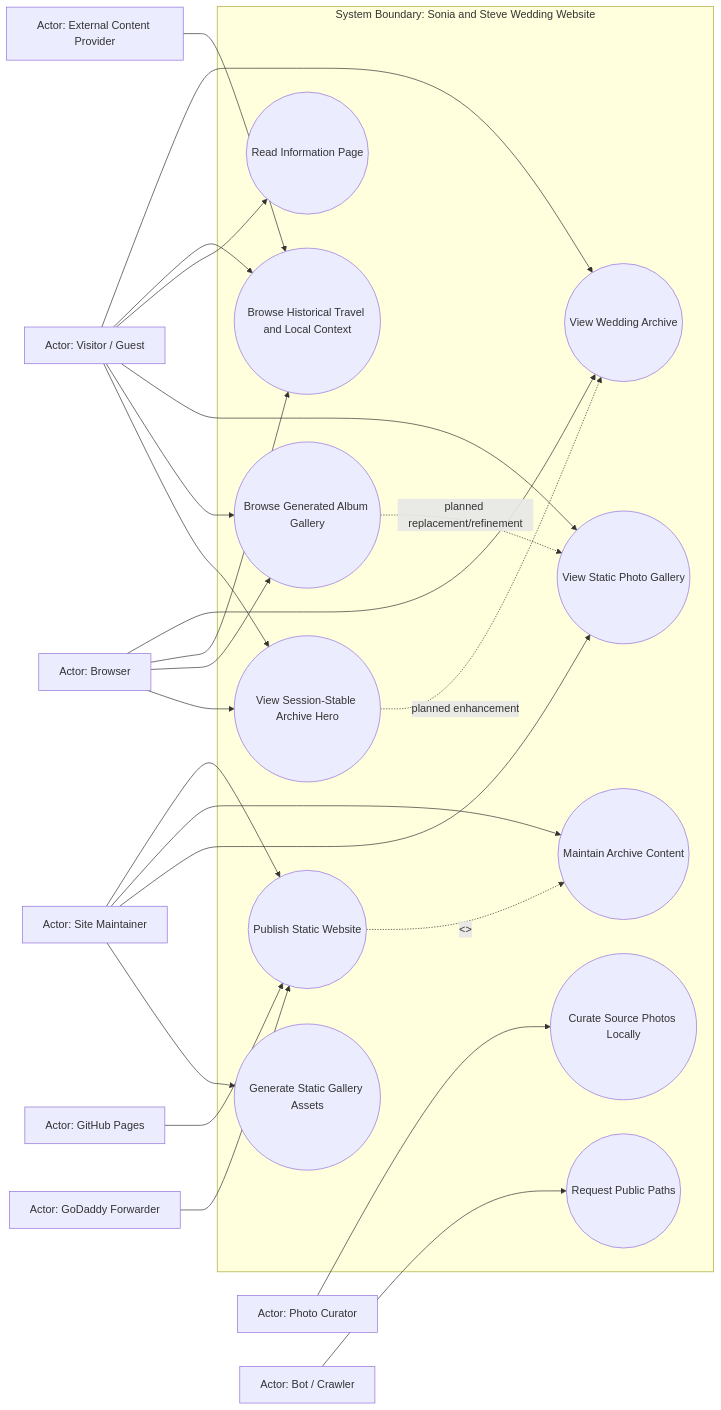
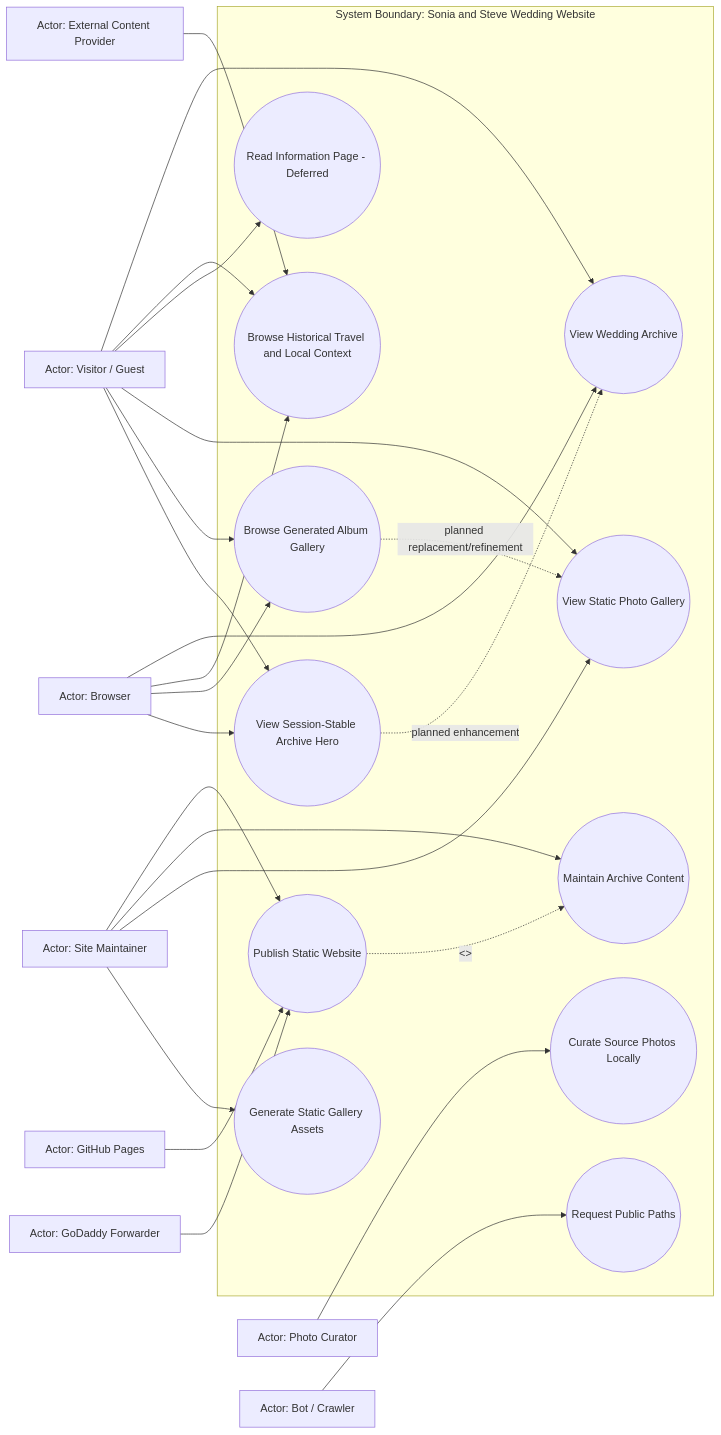
One commit to skeller01/wedding-website changed the second of 4 diagrams in documentation/requirements/current-state-design.md. Above: the diagram before and after it, drawn with Mermaid. The commit also changed other lines of this file and 12 other files, not shown here.

````diff
--- a/documentation/requirements/current-state-design.md
+++ b/documentation/requirements/current-state-design.md
@@ -191,49 +191,49 @@
 ```mermaid
 flowchart LR
   Guest[Actor: Visitor / Guest]
   Maintainer[Actor: Site Maintainer]
   Curator[Actor: Photo Curator]
   Browser[Actor: Browser]
   Pages[Actor: GitHub Pages]
   GoDaddy[Actor: GoDaddy Forwarder]
   Provider[Actor: External Content Provider]
   Bot[Actor: Bot / Crawler]
 
   subgraph System["System Boundary: Sonia and Steve Wedding Website"]
     UC1((View Wedding Archive))
     UC2((Browse Historical Travel and Local Context))
-    UC3((Read Information Page))
+    UC3((Read Information Page - Deferred))
     UC4((Publish Static Website))
     UC5((Maintain Archive Content))
     UC6((View Static Photo Gallery))
     UC7((Request Public Paths))
     UC8((Curate Source Photos Locally))
     UC9((Generate Static Gallery Assets))
     UC10((Browse Generated Album Gallery))
     UC11((View Session-Stable Archive Hero))
   end
 
   Guest --> UC1
   Guest --> UC2
   Guest --> UC3
   Guest --> UC6
   Guest --> UC10
   Guest --> UC11
   Browser --> UC1
   Browser --> UC2
   Browser --> UC10
   Browser --> UC11
   Provider --> UC2
   Maintainer --> UC4
   Maintainer --> UC5
   Maintainer --> UC6
   Maintainer --> UC9
   Curator --> UC8
   Pages --> UC4
   GoDaddy --> UC4
   Bot --> UC7
 
   UC4 -. "<<include>>" .-> UC5
   UC10 -. "planned replacement/refinement" .-> UC6
   UC11 -. "planned enhancement" .-> UC1
 ```
````
